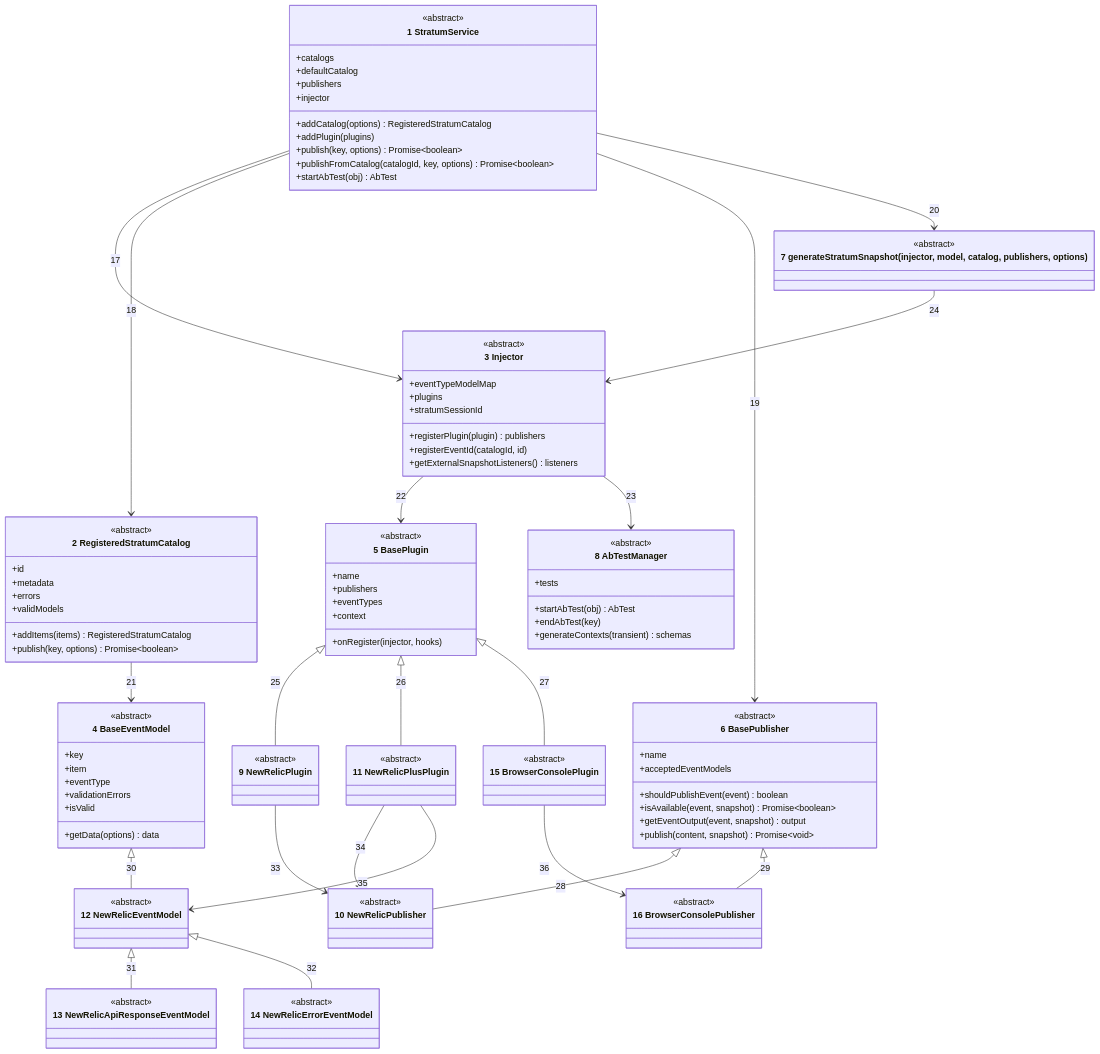
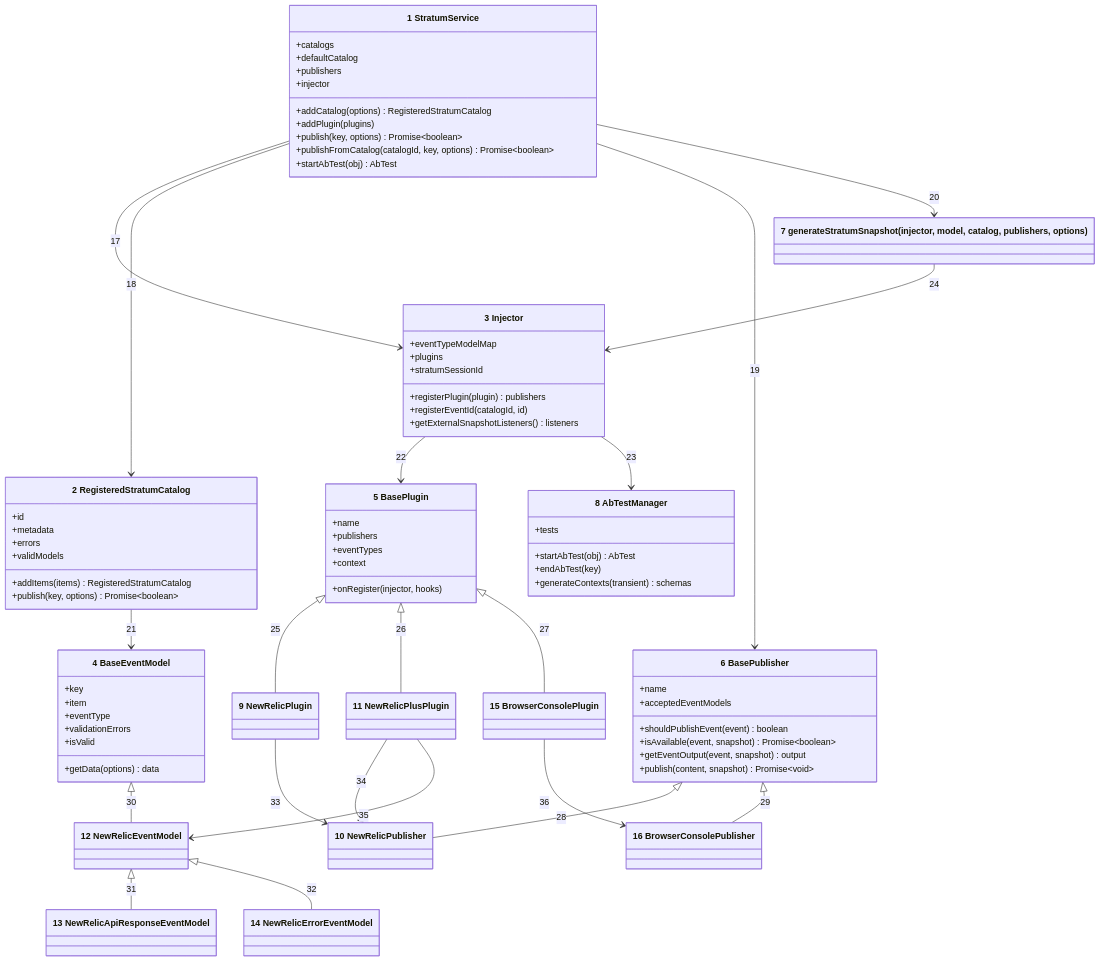
The first of 2 diagrams in docs/architecture/04-code.md (may-journal/Stratum-Observability), drawn with Mermaid before and after one commit. The commit also changed other lines of this file, not shown here.

Commit message:
docs(architecture): show TypeScript classes as real classes in the code view
Drop the abstract markers, since the code check cannot read TypeScript yet.

````diff
--- a/docs/architecture/04-code.md
+++ b/docs/architecture/04-code.md
@@ -9,7 +7,6 @@
 ```mermaid
 classDiagram
     class StratumService["1 StratumService"] {
-        <<abstract>>
         +catalogs
         +defaultCatalog
         +publishers
@@ -21,7 +18,6 @@
         +startAbTest(obj) AbTest
     }
     class RegisteredStratumCatalog["2 RegisteredStratumCatalog"] {
-        <<abstract>>
         +id
         +metadata
         +errors
@@ -30,7 +26,6 @@
         +publish(key, options) Promise~boolean~
     }
     class Injector["3 Injector"] {
-        <<abstract>>
         +eventTypeModelMap
         +plugins
         +stratumSessionId
@@ -39,7 +34,6 @@
         +getExternalSnapshotListeners() listeners
     }
     class BaseEventModel["4 BaseEventModel"] {
-        <<abstract>>
         +key
         +item
         +eventType
@@ -48,7 +42,6 @@
         +getData(options) data
     }
     class BasePlugin["5 BasePlugin"] {
-        <<abstract>>
         +name
         +publishers
         +eventTypes
@@ -56,7 +49,6 @@
         +onRegister(injector, hooks)
     }
     class BasePublisher["6 BasePublisher"] {
-        <<abstract>>
         +name
         +acceptedEventModels
         +shouldPublishEvent(event) boolean
@@ -64,40 +56,21 @@
         +getEventOutput(event, snapshot) output
         +publish(content, snapshot) Promise~void~
     }
-    class generateStratumSnapshot["7 generateStratumSnapshot(injector, model, catalog, publishers, options)"] {
-        <<abstract>>
-    }
+    class generateStratumSnapshot["7 generateStratumSnapshot(injector, model, catalog, publishers, options)"]
     class AbTestManager["8 AbTestManager"] {
-        <<abstract>>
         +tests
         +startAbTest(obj) AbTest
         +endAbTest(key)
         +generateContexts(transient) schemas
     }
-    class NewRelicPlugin["9 NewRelicPlugin"] {
-        <<abstract>>
-    }
-    class NewRelicPublisher["10 NewRelicPublisher"] {
-        <<abstract>>
-    }
-    class NewRelicPlusPlugin["11 NewRelicPlusPlugin"] {
-        <<abstract>>
-    }
-    class NewRelicEventModel["12 NewRelicEventModel"] {
-        <<abstract>>
-    }
-    class NewRelicApiResponseEventModel["13 NewRelicApiResponseEventModel"] {
-        <<abstract>>
-    }
-    class NewRelicErrorEventModel["14 NewRelicErrorEventModel"] {
-        <<abstract>>
-    }
-    class BrowserConsolePlugin["15 BrowserConsolePlugin"] {
-        <<abstract>>
-    }
-    class BrowserConsolePublisher["16 BrowserConsolePublisher"] {
-        <<abstract>>
-    }
+    class NewRelicPlugin["9 NewRelicPlugin"]
+    class NewRelicPublisher["10 NewRelicPublisher"]
+    class NewRelicPlusPlugin["11 NewRelicPlusPlugin"]
+    class NewRelicEventModel["12 NewRelicEventModel"]
+    class NewRelicApiResponseEventModel["13 NewRelicApiResponseEventModel"]
+    class NewRelicErrorEventModel["14 NewRelicErrorEventModel"]
+    class BrowserConsolePlugin["15 BrowserConsolePlugin"]
+    class BrowserConsolePublisher["16 BrowserConsolePublisher"]
 
     StratumService --> Injector : 17
     StratumService --> RegisteredStratumCatalog : 18
````
